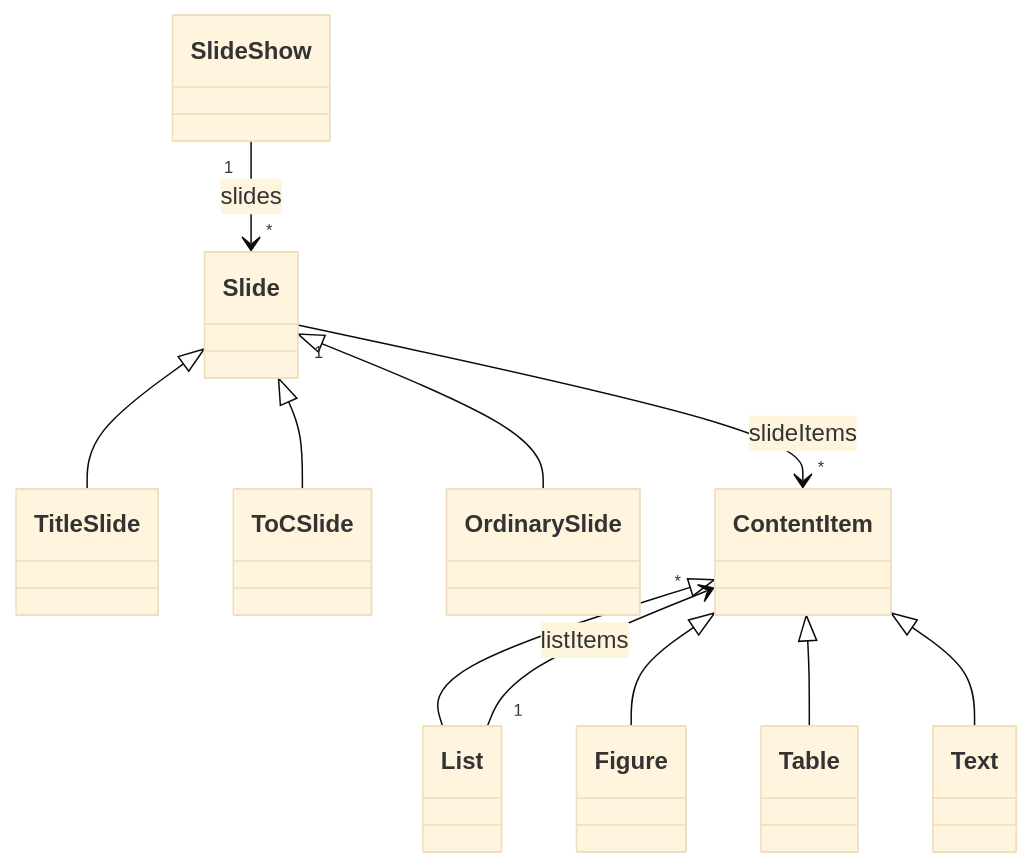
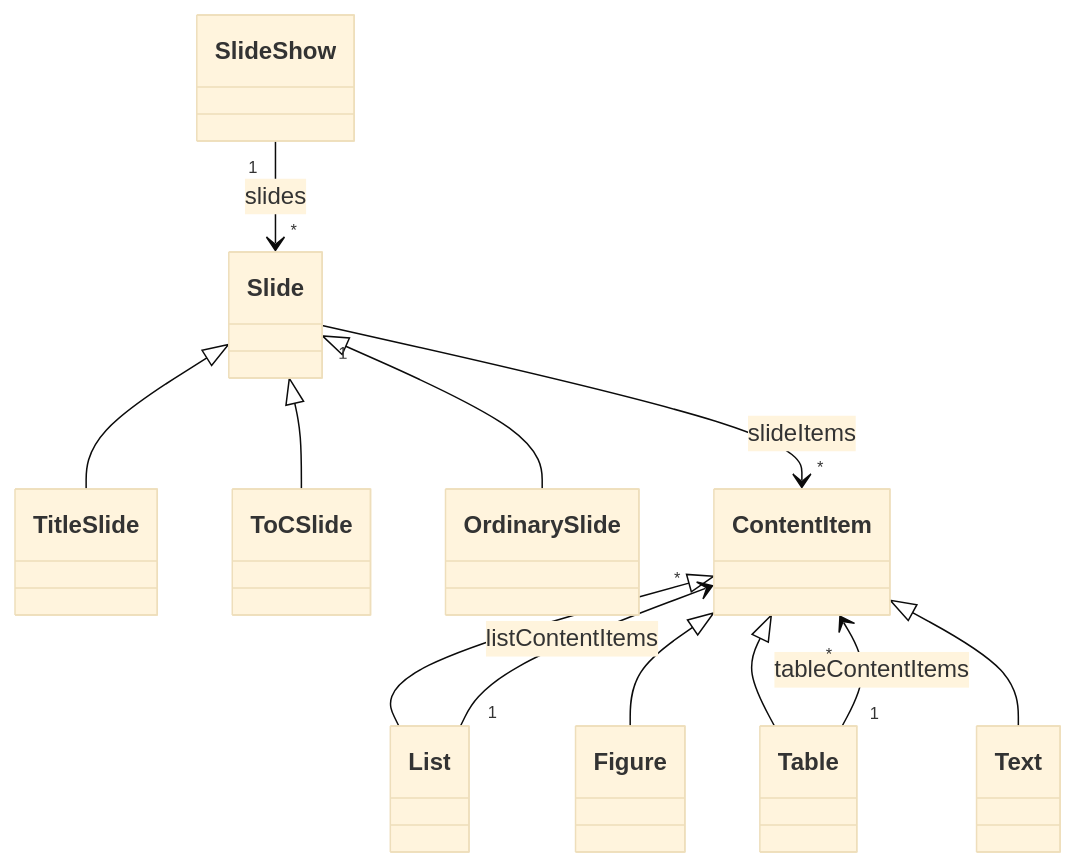
One commit to Borrelhapje/design-for-change changed the diagram in UL.md. Above: the diagram before and after it, drawn with Mermaid (base theme). The commit also changed other lines of this file, not shown here.

Commit message:
Changed wording on some UL concepts. Made meta information a sub concept and added explanation why this is not a concept in itself. Added relation from Table to ContentItem.

````diff
--- a/UL.md
+++ b/UL.md
@@ -33,15 +32,16 @@
 ```mermaid
 classDiagram
   Slide <|-- TitleSlide
   Slide <|-- ToCSlide
   Slide <|-- OrdinarySlide
 
   ContentItem <|-- List
   ContentItem <|-- Figure
   ContentItem <|-- Table 
   ContentItem <|-- Text
 
   Slide "1" --> "*" ContentItem : slideItems
   SlideShow "1" --> "*" Slide : slides
-  List "1" --> "*" ContentItem : listItems
+  List "1" --> "*" ContentItem : listContentItems
+  Table "1" --> "*" ContentItem : tableContentItems
 ```
````
